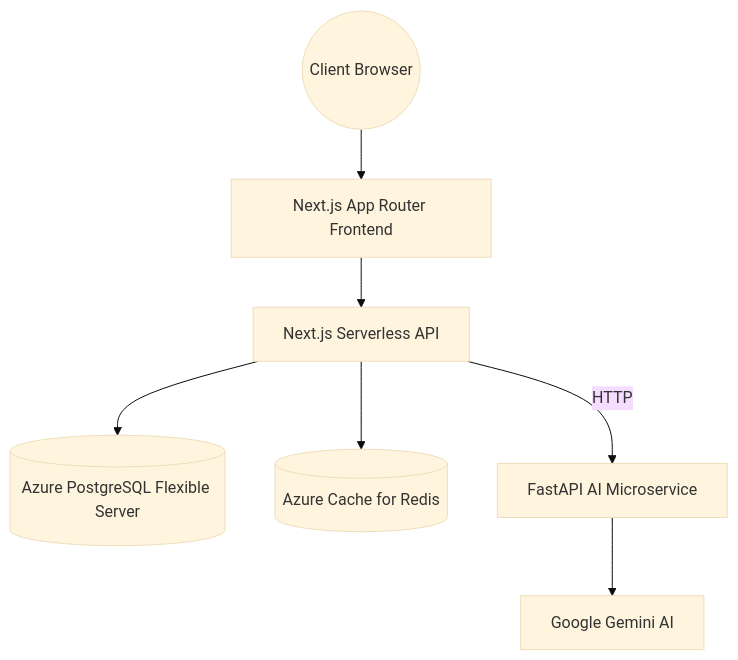
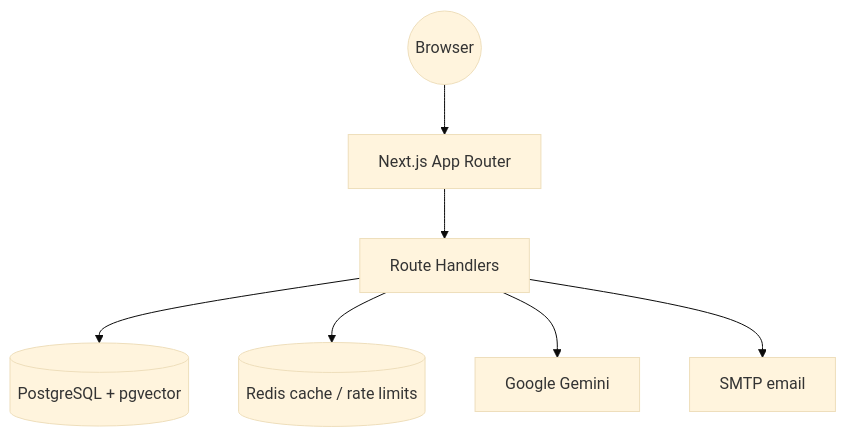
Before and after one commit to nxl-krishna/Velo-Project-Manager: the diagram in README.md, drawn with Mermaid (base theme). The commit also changed other lines of this file and 33 other files, not shown here.

````diff
--- a/README.md
+++ b/README.md
@@ -36,9 +36,9 @@
 ```mermaid
 graph TD;
-    Client((Client Browser)) --> NextJS[Next.js App Router Frontend]
-    NextJS --> NextAPI[Next.js Serverless API]
-    NextAPI --> Prisma[(Azure PostgreSQL Flexible Server)]
-    NextAPI --> Upstash[(Azure Cache for Redis)]
-    NextAPI -- HTTP --> Python[FastAPI AI Microservice]
-    Python --> Gemini[Google Gemini AI]
+    Client((Browser)) --> NextJS[Next.js App Router]
+    NextJS --> API[Route Handlers]
+    API --> Prisma[(PostgreSQL + pgvector)]
+    API --> Redis[(Redis cache / rate limits)]
+    API --> Gemini[Google Gemini]
+    API --> SMTP[SMTP email]
 ```
````
